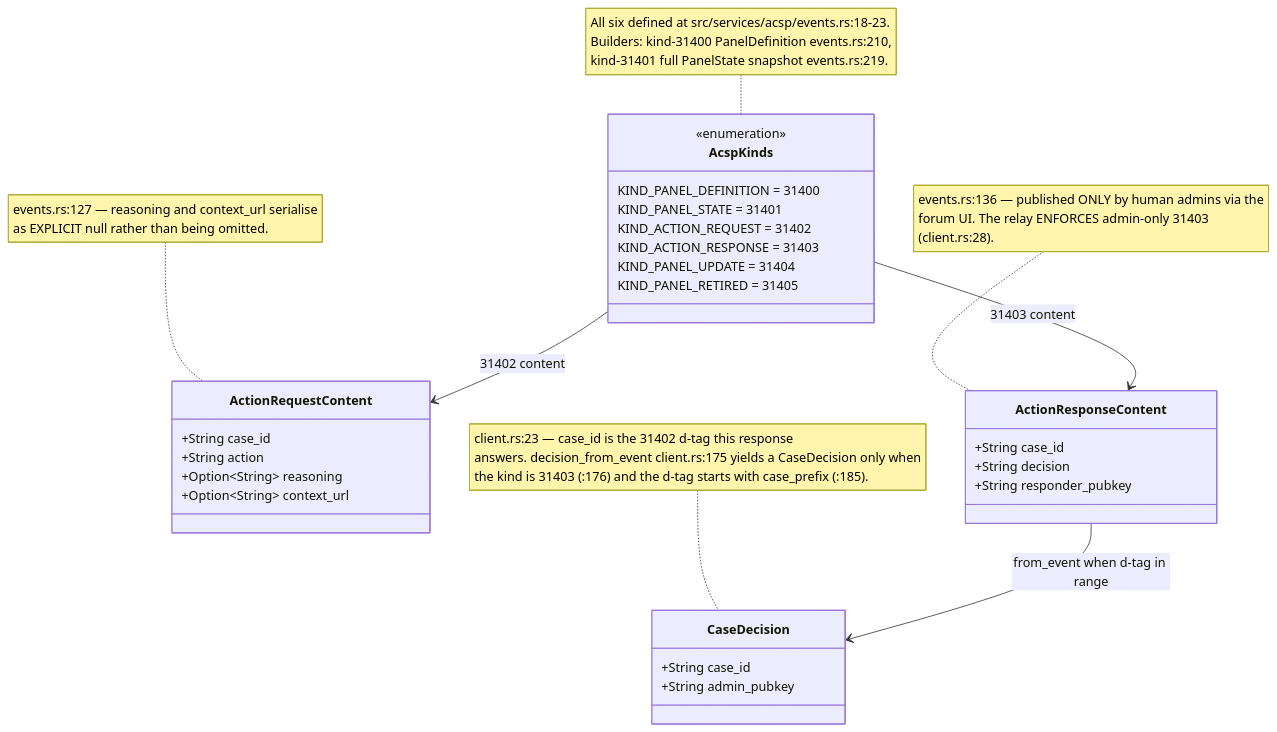
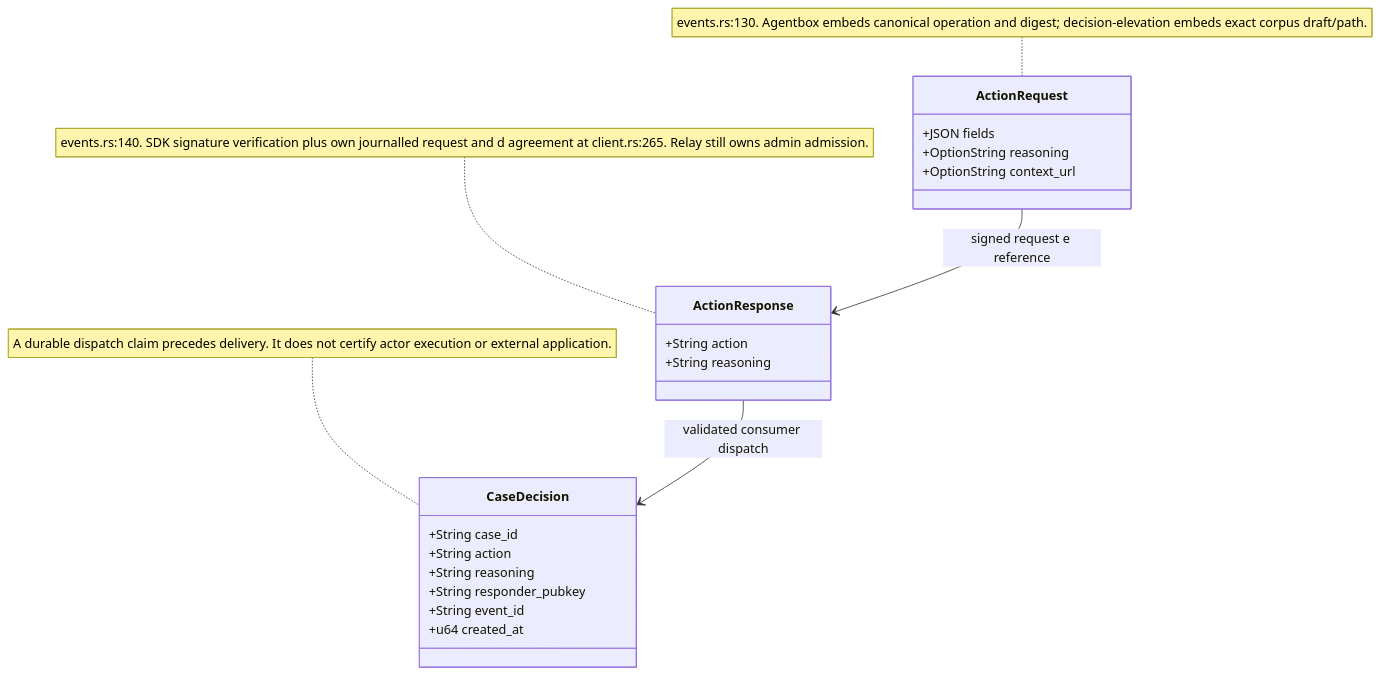
Before and after one commit to DreamLab-AI/VisionFlow: the second of 11 diagrams in docs/diagrams/estate/05-governance-loop-across-estate.md, drawn with Mermaid. The commit also changed other lines of this file and 51 other files, not shown here.

First line of the commit message:
docs(diagrams): agentbox AB-01..13 re-attested anchor by anchor (980 anchors, 22 defects); checkpoint against an out-of-mesh writer

````diff
--- a/docs/diagrams/estate/05-governance-loop-across-estate.md
+++ b/docs/diagrams/estate/05-governance-loop-across-estate.md
@@ -77,35 +49,25 @@
 ```mermaid
 classDiagram
-    class AcspKinds {
-        <<enumeration>>
-        KIND_PANEL_DEFINITION = 31400
-        KIND_PANEL_STATE = 31401
-        KIND_ACTION_REQUEST = 31402
-        KIND_ACTION_RESPONSE = 31403
-        KIND_PANEL_UPDATE = 31404
-        KIND_PANEL_RETIRED = 31405
+    class ActionRequest {
+        +JSON fields
+        +OptionString reasoning
+        +OptionString context_url
     }
-    class ActionRequestContent {
-        +String case_id
+    class ActionResponse {
         +String action
-        +Option~String~ reasoning
-        +Option~String~ context_url
-    }
-    class ActionResponseContent {
-        +String case_id
-        +String decision
-        +String responder_pubkey
+        +String reasoning
     }
     class CaseDecision {
         +String case_id
-        +String admin_pubkey
+        +String action
+        +String reasoning
+        +String responder_pubkey
+        +String event_id
+        +u64 created_at
     }
-    AcspKinds --> ActionRequestContent : 31402 content
-    AcspKinds --> ActionResponseContent : 31403 content
-    ActionResponseContent --> CaseDecision : from_event when d-tag in range
-
-    note for AcspKinds "All six defined at src/services/acsp/events.rs:18-23.<br/>Builders: kind-31400 PanelDefinition events.rs:210,<br/>kind-31401 full PanelState snapshot events.rs:219."
-    note for ActionRequestContent "events.rs:127 — reasoning and context_url serialise<br/>as EXPLICIT null rather than being omitted."
-    note for ActionResponseContent "events.rs:136 — published ONLY by human admins via the<br/>forum UI. The relay ENFORCES admin-only 31403<br/>(client.rs:28)."
-    note for CaseDecision "client.rs:23 — case_id is the 31402 d-tag this response<br/>answers. decision_from_event client.rs:175 yields a CaseDecision only when<br/>the kind is 31403 (:176) and the d-tag starts with case_prefix (:185)."
+    ActionRequest --> ActionResponse : signed request e reference
+    ActionResponse --> CaseDecision : validated consumer dispatch
+    note for ActionRequest "events.rs:130. Agentbox embeds canonical operation and digest; decision-elevation embeds exact corpus draft/path."
+    note for ActionResponse "events.rs:140. SDK signature verification plus own journalled request and d agreement at client.rs:265. Relay still owns admin admission."
+    note for CaseDecision "A durable dispatch claim precedes delivery. It does not certify actor execution or external application."
 ```
````
